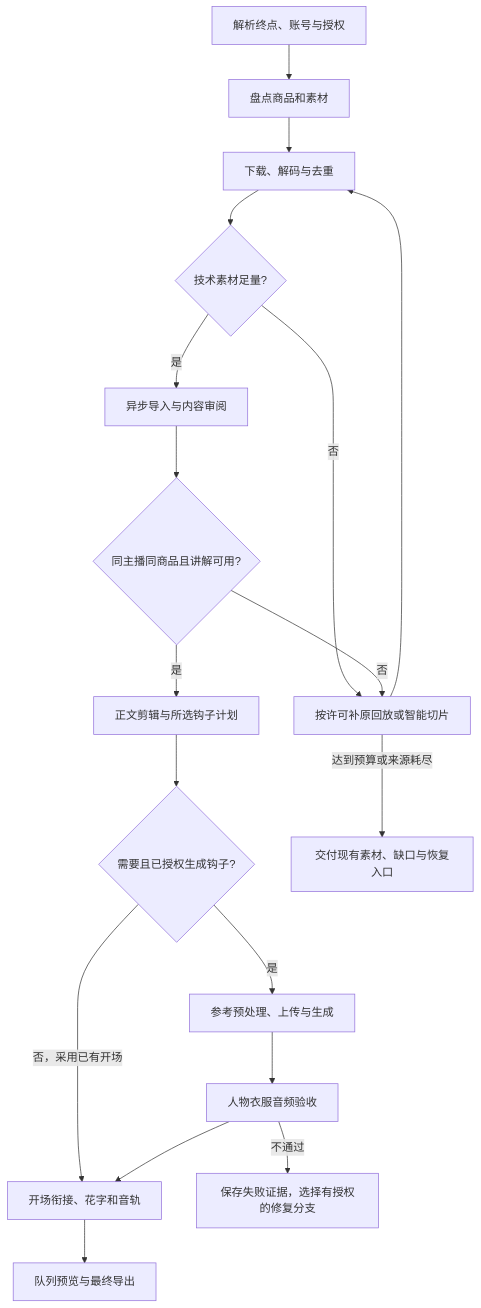
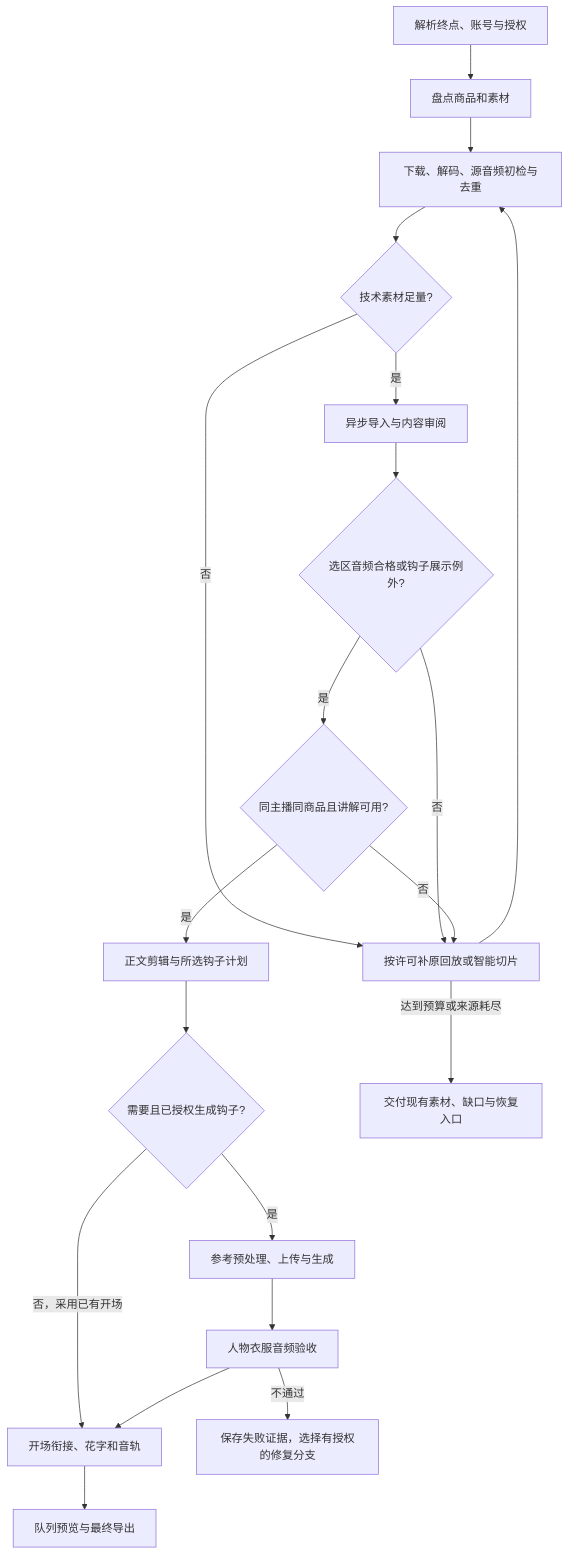
One commit to pycode4micro/cardbush-plugins changed the diagram in plugins/video-editer/skills/baiying-dialogue-video/references/workflow.md. Above: the diagram before and after it, drawn with Mermaid. The commit also changed other lines of this file and 40 other files, not shown here.

````diff
--- a/plugins/video-editer/skills/baiying-dialogue-video/references/workflow.md
+++ b/plugins/video-editer/skills/baiying-dialogue-video/references/workflow.md
@@ -5,20 +9,22 @@
 ```mermaid
 flowchart TD
     A[解析终点、账号与授权] --> B[盘点商品和素材]
-    B --> C[下载、解码与去重]
+    B --> C[下载、解码、源音频初检与去重]
     C --> D{技术素材足量?}
     D -- 否 --> E[按许可补原回放或智能切片]
     E --> C
     D -- 是 --> F[异步导入与内容审阅]
-    F --> G{同主播同商品且讲解可用?}
+    F --> Q{选区音频合格或钩子展示例外?}
+    Q -- 否 --> E
+    Q -- 是 --> G{同主播同商品且讲解可用?}
     G -- 否 --> E
     G -- 是 --> H[正文剪辑与所选钩子计划]
     H --> O{需要且已授权生成钩子?}
     O -- 是 --> I[参考预处理、上传与生成]
     O -- 否，采用已有开场 --> K[开场衔接、花字和音轨]
     I --> J[人物衣服音频验收]
     J --> K
     K --> L[队列预览与最终导出]
     E -- 达到预算或来源耗尽 --> M[交付现有素材、缺口与恢复入口]
     J -- 不通过 --> N[保存失败证据，选择有授权的修复分支]
 ```
````
